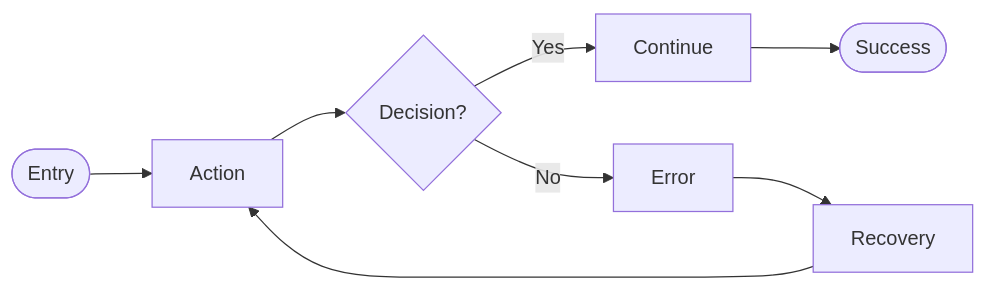
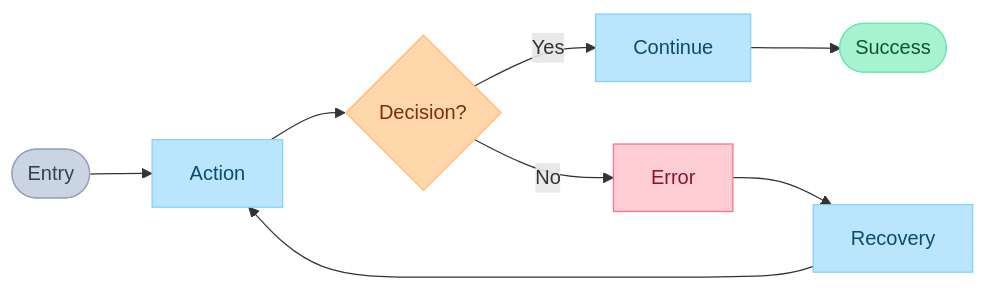
Before and after one commit to ash4180/vorbit: the diagram in .agent/workflows/journey.md, drawn with Mermaid. The commit also changed other lines of this file and 8 other files, not shown here.

Commit message:
feat: Standardize plugin tool names and introduce Mermaid diagram styling with a required color palette.

````diff
--- a/.agent/workflows/journey.md
+++ b/.agent/workflows/journey.md
@@ -29,10 +29,17 @@
 ```mermaid
 flowchart LR
-    A(["Entry"]) --> B["Action"]
-    B --> C{"Decision?"}
-    C -->|"Yes"| D["Continue"]
-    C -->|"No"| E["Error"]
-    E --> F["Recovery"]
+    A(["Entry"]):::startend --> B["Action"]:::action
+    B --> C{"Decision?"}:::decision
+    C -->|"Yes"| D["Continue"]:::action
+    C -->|"No"| E["Error"]:::negative
+    E --> F["Recovery"]:::action
     F --> B
-    D --> G(["Success"])
+    D --> G(["Success"]):::positive
+
+    classDef startend fill:#CBD5E1,color:#334155,stroke:#94A3B8
+    classDef action fill:#BAE6FD,color:#0c4a6e,stroke:#7DD3FC
+    classDef condition fill:#C4B5FD,color:#4c1d95,stroke:#A78BFA
+    classDef decision fill:#FED7AA,color:#7c2d12,stroke:#FDBA74
+    classDef positive fill:#A7F3D0,color:#14532d,stroke:#6EE7B7
+    classDef negative fill:#FECDD3,color:#881337,stroke:#FB7185
 ```
````
